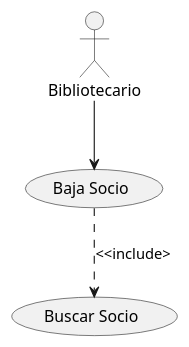
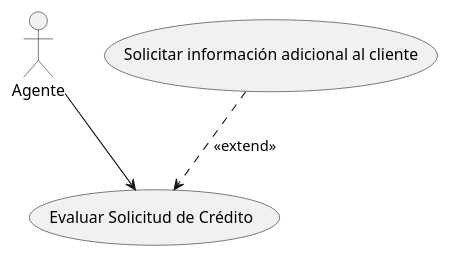
Before and after one commit to erentitan4512/Carlos-Arroyo-Galan-Casos-de-Uso-UML2: the diagram in src/Test.puml, drawn with PlantUML.

Commit message:
Fourth Commit

```diff
--- a/src/Test.puml
+++ b/src/Test.puml
@@ -1,4 +1,4 @@
 @startuml
-:Bibliotecario: --> (Baja Socio)
-(Baja Socio) ..> (Buscar Socio) : <<include>
+:Agente: --> (Evaluar Solicitud de Crédito)
+(Solicitar información adicional al cliente) ..> (Evaluar Solicitud de Crédito) : <<extend>>
 @enduml
```
